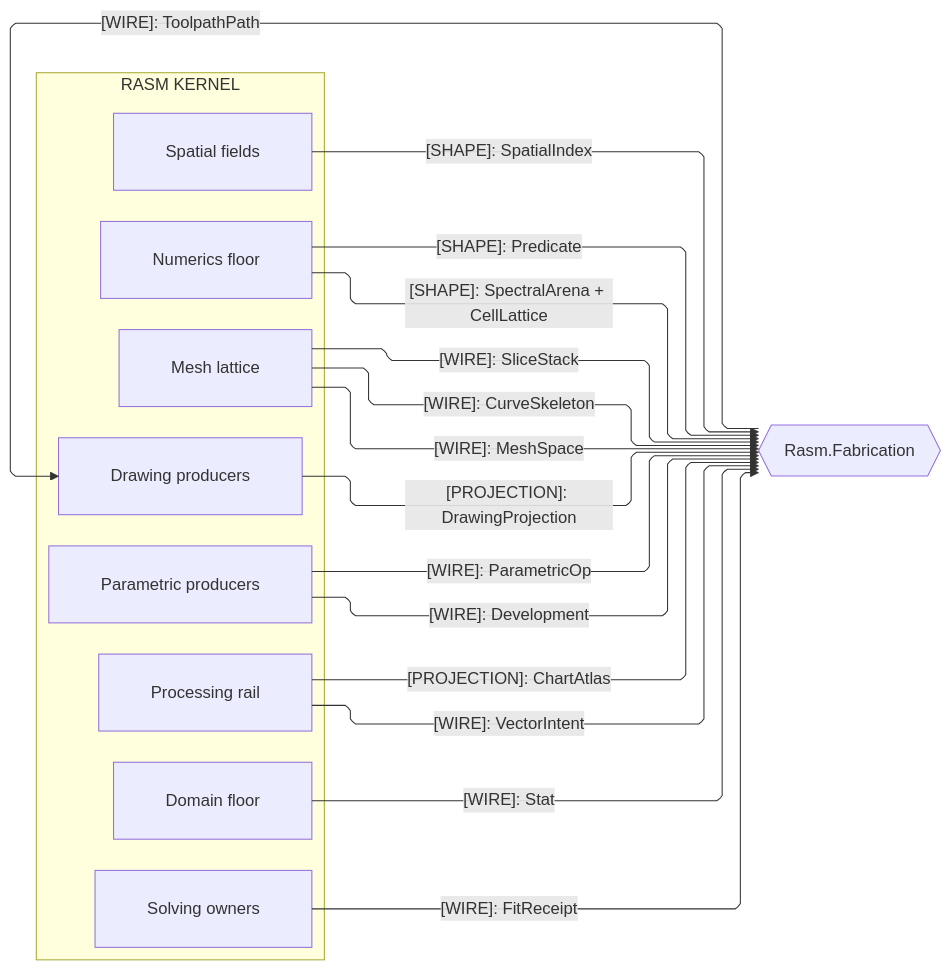
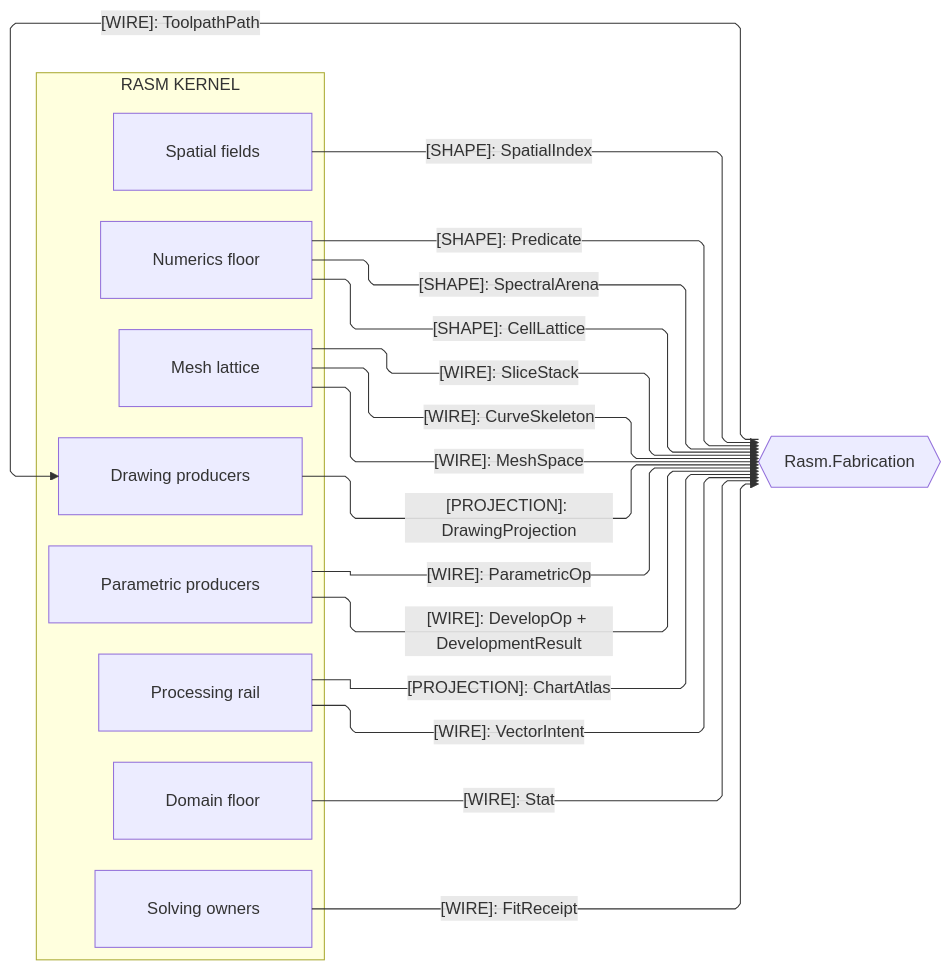
Before and after one commit to bsamiee/Rasm: the third of 4 diagrams in libs/csharp/Rasm/ARCHITECTURE.md, drawn with Mermaid. The commit also changed other lines of this file and 115 other files, not shown here.

````diff
--- a/libs/csharp/Rasm/ARCHITECTURE.md
+++ b/libs/csharp/Rasm/ARCHITECTURE.md
@@ -256,37 +251,38 @@
 ```mermaid
 ---
 config:
   layout: elk
   flowchart:
     curve: linear
     padding: 25
 ---
 flowchart LR
     accTitle: Kernel fabrication seams
     accDescr: Kernel owners projecting substrate, algorithm, and drawing shapes to the fabrication peer and reading its posted toolpath pack back.
     subgraph rasm[RASM KERNEL]
         Domain[Domain floor]
         Spatial[Spatial fields]
         Numerics[Numerics floor]
         Meshing[Mesh lattice]
         Parametric[Parametric producers]
         Processing[Processing rail]
         Solving[Solving owners]
         Drawing[Drawing producers]
     end
     Fabrication{{Rasm.Fabrication}}
     Spatial e1@-->|"[SHAPE]: SpatialIndex"| Fabrication
     Numerics e2@-->|"[SHAPE]: Predicate"| Fabrication
-    Numerics e14@-->|"[SHAPE]: SpectralArena + CellLattice"| Fabrication
-    Meshing e3@-->|"[WIRE]: SliceStack"| Fabrication
-    Meshing e4@-->|"[WIRE]: CurveSkeleton"| Fabrication
-    Parametric e5@-->|"[WIRE]: ParametricOp"| Fabrication
-    Processing e6@-->|"[PROJECTION]: ChartAtlas"| Fabrication
-    Drawing e7@-->|"[PROJECTION]: DrawingProjection"| Fabrication
-    Meshing e8@-->|"[WIRE]: MeshSpace"| Fabrication
-    Parametric e9@-->|"[WIRE]: Development"| Fabrication
-    Processing e10@-->|"[WIRE]: VectorIntent"| Fabrication
-    Domain e11@-->|"[WIRE]: Stat"| Fabrication
-    Solving e12@-->|"[WIRE]: FitReceipt"| Fabrication
-    Fabrication e13@-->|"[WIRE]: ToolpathPath"| Drawing
+    Numerics e3@-->|"[SHAPE]: SpectralArena"| Fabrication
+    Numerics e4@-->|"[SHAPE]: CellLattice"| Fabrication
+    Meshing e5@-->|"[WIRE]: SliceStack"| Fabrication
+    Meshing e6@-->|"[WIRE]: CurveSkeleton"| Fabrication
+    Parametric e7@-->|"[WIRE]: ParametricOp"| Fabrication
+    Processing e8@-->|"[PROJECTION]: ChartAtlas"| Fabrication
+    Drawing e9@-->|"[PROJECTION]: DrawingProjection"| Fabrication
+    Meshing e10@-->|"[WIRE]: MeshSpace"| Fabrication
+    Parametric e11@-->|"[WIRE]: DevelopOp + DevelopmentResult"| Fabrication
+    Processing e12@-->|"[WIRE]: VectorIntent"| Fabrication
+    Domain e13@-->|"[WIRE]: Stat"| Fabrication
+    Solving e14@-->|"[WIRE]: FitReceipt"| Fabrication
+    Fabrication e15@-->|"[WIRE]: ToolpathPath"| Drawing
 ```
````
